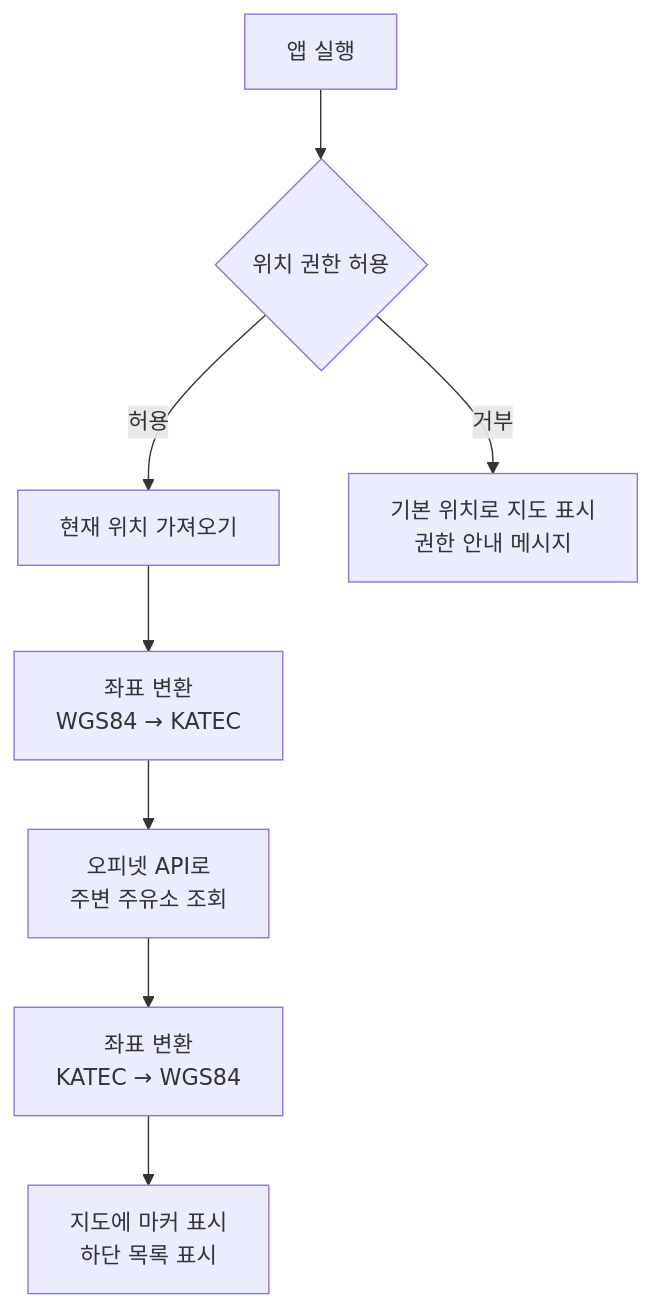
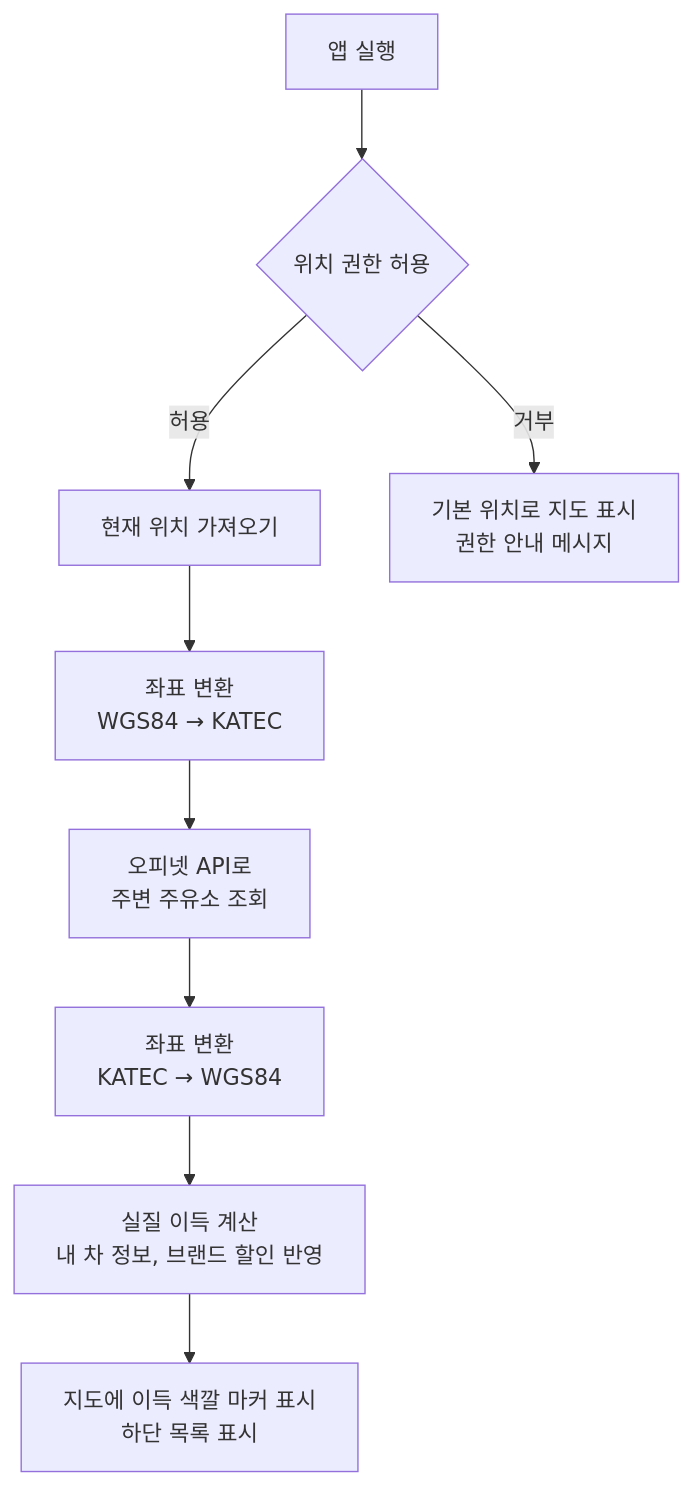
Before and after one commit to jaeheon777/FindCheapGas: the diagram in README.md, drawn with Mermaid. The commit also changed other lines of this file, not shown here.

````diff
--- a/README.md
+++ b/README.md
@@ -88,10 +157,11 @@
 ```mermaid
 flowchart TD
     A[앱 실행] --> B{위치 권한 허용}
     B -- 허용 --> C[현재 위치 가져오기]
     B -- 거부 --> D[기본 위치로 지도 표시<br>권한 안내 메시지]
     C --> E[좌표 변환<br>WGS84 → KATEC]
     E --> F[오피넷 API로<br>주변 주유소 조회]
     F --> G[좌표 변환<br>KATEC → WGS84]
-    G --> H[지도에 마커 표시<br>하단 목록 표시]
+    G --> H[실질 이득 계산<br>내 차 정보, 브랜드 할인 반영]
+    H --> I[지도에 이득 색깔 마커 표시<br>하단 목록 표시]
 ```
````
